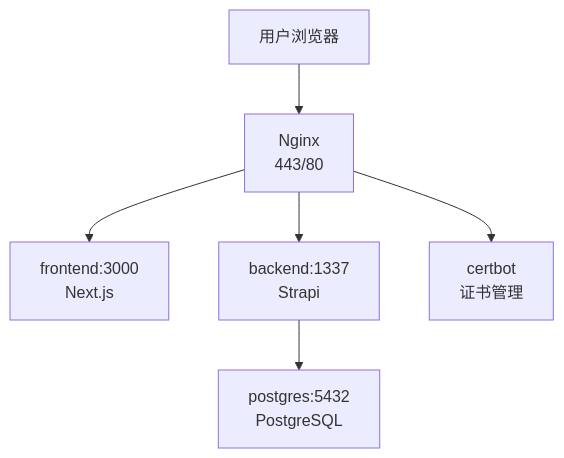
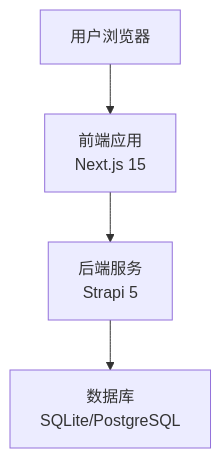
The second of 3 diagrams in .qoder/repowiki/zh/content/部署和运维/部署和运维.md (Will0253/zczk), drawn with Mermaid before and after one commit. The commit also changed other lines of this file and 13 other files, not shown here.

````diff
--- a/.qoder/repowiki/zh/content/部署和运维/部署和运维.md
+++ b/.qoder/repowiki/zh/content/部署和运维/部署和运维.md
@@ -88,8 +82,6 @@
 ```mermaid
 graph TB
-U["用户浏览器"] --> N["Nginx<br/>443/80"]
-N --> F["frontend:3000<br/>Next.js"]
-N --> B["backend:1337<br/>Strapi"]
-B --> P["postgres:5432<br/>PostgreSQL"]
-N --> C["certbot<br/>证书管理"]
+U["用户浏览器"] --> FE["前端应用<br/>Next.js 15"]
+FE --> BE["后端服务<br/>Strapi 5"]
+BE --> DB["数据库<br/>SQLite/PostgreSQL"]
 ```
````
